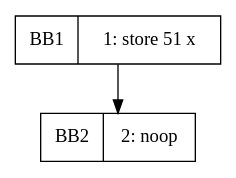
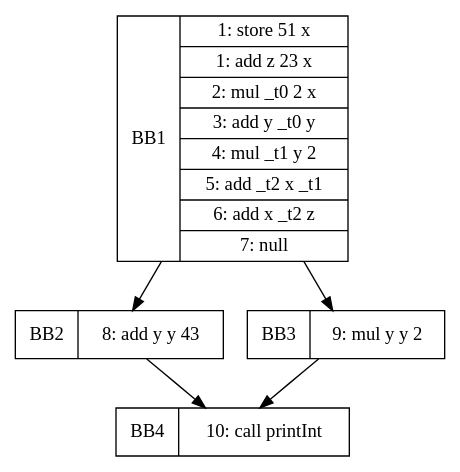
The diagram in src/tmp.dot (CoralRocker/CSCE434-Charlotte-Gaultier), drawn with Graphviz before and after one commit. The commit also changed 4 other files, not shown here.

```diff
--- a/src/tmp.dot
+++ b/src/tmp.dot
@@ -1,6 +1,14 @@
 digraph G {
-bb1 [shape=record, label="<b>BB1 | {
-1: store 51 x}"];
-bb2 [shape=record, label="<b>BB2 | { 2: noop }"];
-bb1 -> bb2;
+    bb1 [shape=record, label="<b>BB1 | {
+1: store 51 x|1: add z 23 x|2: mul _t0 2 x|3: add y _t0 y|4: mul _t1 y 2|5: add _t2 x _t1|6: add x _t2 z|7: null}"];
+    bb1 -> bb2
+    bb1 -> bb3
+    bb2 [shape=record, label="<b>BB2 | {
+8: add y y 43}"];
+    bb2 -> bb4
+    bb3 [shape=record, label="<b>BB3 | {
+9: mul y y 2}"];
+    bb3 -> bb4
+    bb4 [shape=record, label="<b>BB4 | {
+10: call printInt}"];
 }
```
